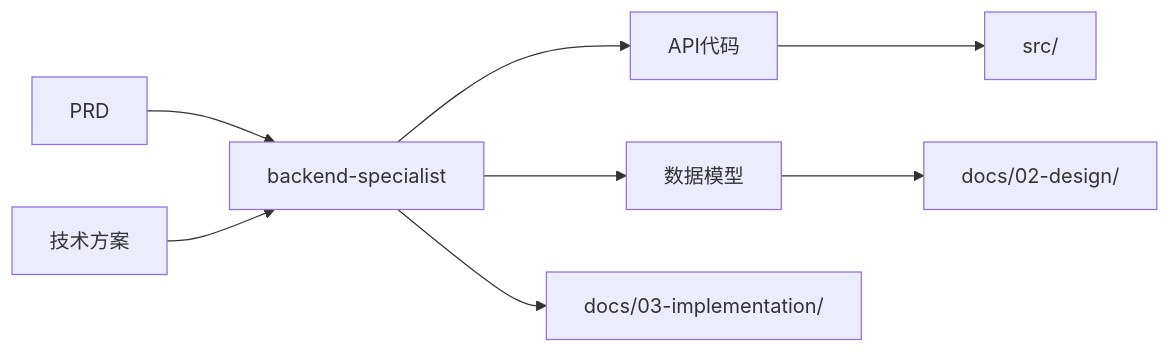
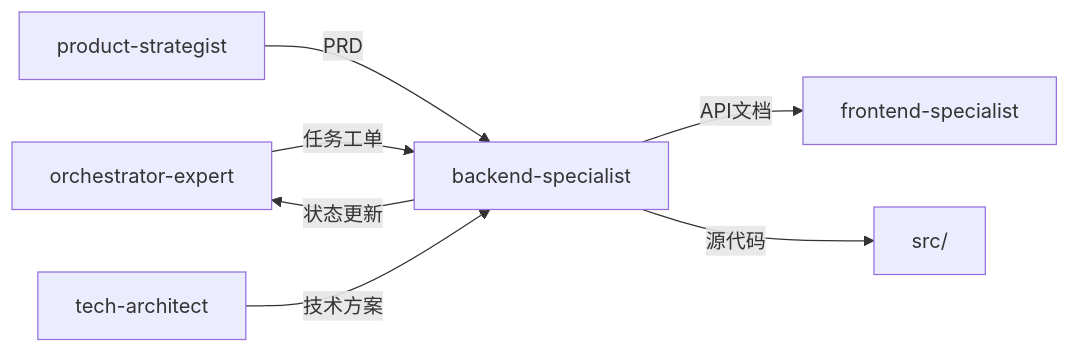
The diagram in skills/backend-specialist/SKILL.md (Tooooommy/Trae-Workflow), drawn with Mermaid before and after one commit. The commit also changed other lines of this file and 2 other files, not shown here.

First line of the commit message:
refactor: optimize backend-specialist for orchestrator-expert workflow

````diff
--- a/skills/backend-specialist/SKILL.md
+++ b/skills/backend-specialist/SKILL.md
@@ -465,10 +94,9 @@
 ```mermaid
 flowchart LR
-    A[PRD] --> B[backend-specialist]
-    C[技术方案] --> B
-    B --> D[API代码]
-    B --> E[数据模型]
-    D --> F[src/]
-    E --> G[docs/02-design/]
-    B --> H[docs/03-implementation/]
+    A[orchestrator-expert] -->|任务工单| B[backend-specialist]
+    C[product-strategist] -->|PRD| B
+    D[tech-architect] -->|技术方案| B
+    B -->|API文档| E[frontend-specialist]
+    B -->|源代码| F[src/]
+    B -->|状态更新| A
 ```
````
